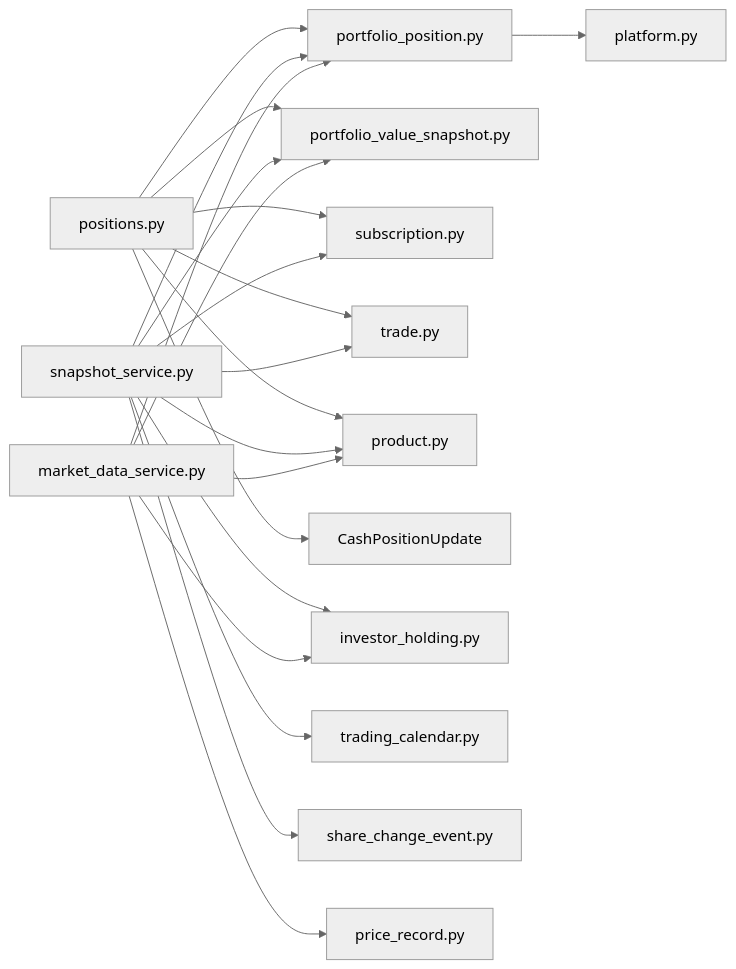
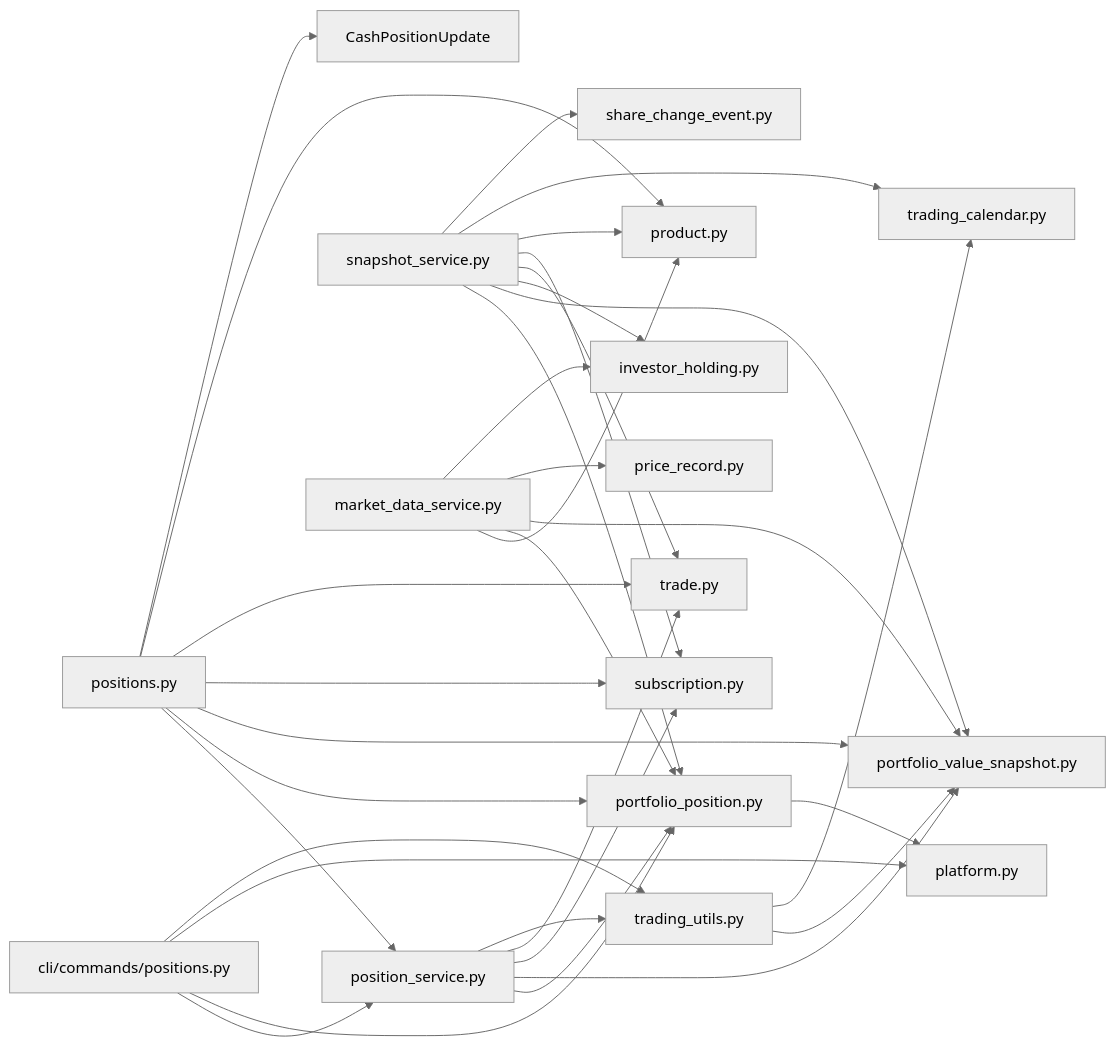
Before and after one commit to gujialind/InvestRing: the eighth of 8 diagrams in .qoder/repowiki/zh/content/核心业务功能/持仓管理.md, drawn with Mermaid (neutral theme). The commit also changed other lines of this file and 44 other files, not shown here.

````diff
--- a/.qoder/repowiki/zh/content/核心业务功能/持仓管理.md
+++ b/.qoder/repowiki/zh/content/核心业务功能/持仓管理.md
@@ -441,23 +503,35 @@
 ```mermaid
 graph LR
-P["positions.py"] --> PP["portfolio_position.py"]
-P --> PVS["portfolio_value_snapshot.py"]
-P --> SUB["subscription.py"]
-P --> TR["trade.py"]
-P --> PRD["product.py"]
-P --> CPSU["CashPositionUpdate"]
+PS["position_service.py"] --> PP["portfolio_position.py"]
+PS --> PVS["portfolio_value_snapshot.py"]
+PS --> SUB["subscription.py"]
+PS --> TR["trade.py"]
+PS --> TU["trading_utils.py"]
+TU --> PVS
+TU --> PCAL["trading_calendar.py"]
+R1["positions.py"] --> PS
+R1 --> PP
+R1 --> PVS
+R1 --> SUB
+R1 --> TR
+R1 --> PRD["product.py"]
+R1 --> CPSU["CashPositionUpdate"]
+CLI["cli/commands/positions.py"] --> PS
+CLI --> PP
+CLI --> PL["platform.py"]
+CLI --> TU
 SS["snapshot_service.py"] --> PP
 SS --> PVS
 SS --> INVH["investor_holding.py"]
 SS --> TR
 SS --> SUB
 SS --> PRD
-SS --> PCAL["trading_calendar.py"]
+SS --> PCAL
 SS --> SCE["share_change_event.py"]
 MDS["market_data_service.py"] --> PRD
 MDS --> PP
 MDS --> PVS
 MDS --> PR["price_record.py"]
 MDS --> INVH
-PP --> PL["platform.py"]
+PP --> PL
 ```
````
